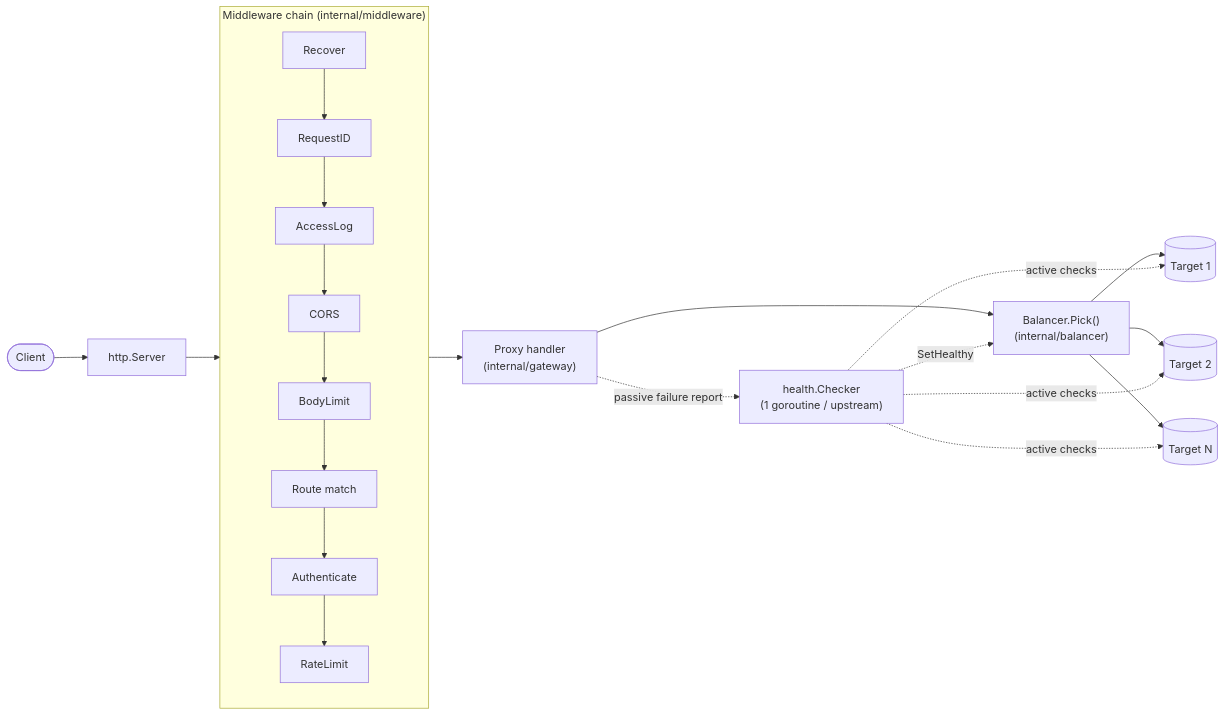
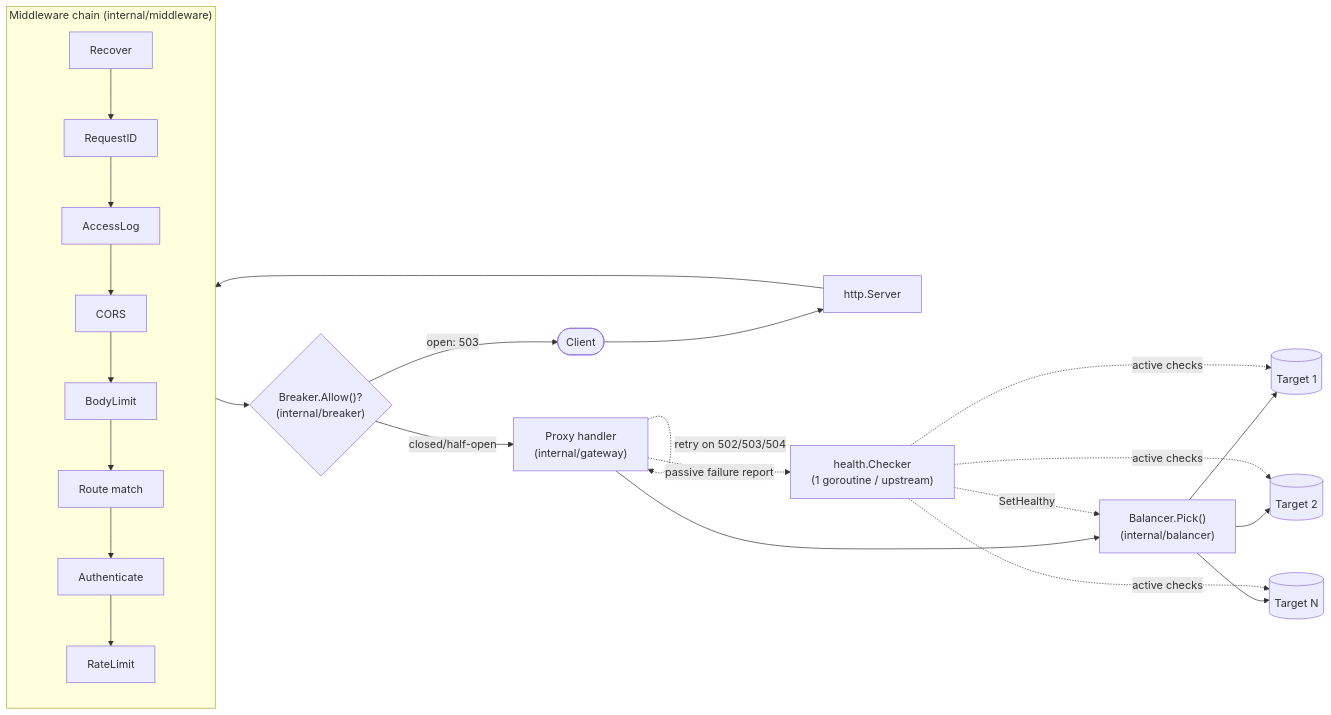
The diagram in README.md (rosali3/gatekeeper), drawn with Mermaid before and after one commit. The commit also changed other lines of this file, not shown here.

Commit message:
docs: cover the circuit breaker and retries in the README

````diff
--- a/README.md
+++ b/README.md
@@ -54,22 +61,25 @@
 ```mermaid
 flowchart LR
     client([Client]) --> srv[http.Server]
     srv --> chain
 
     subgraph chain["Middleware chain (internal/middleware)"]
         direction TB
         recover[Recover] --> reqid[RequestID] --> alog[AccessLog] --> cors[CORS] --> bodylimit[BodyLimit] --> match[Route match] --> authn[Authenticate] --> ratelimit[RateLimit]
     end
 
-    chain --> proxy["Proxy handler\n(internal/gateway)"]
+    chain --> cb{"Breaker.Allow()?\n(internal/breaker)"}
+    cb -->|open: 503| client
+    cb -->|closed/half-open| proxy["Proxy handler\n(internal/gateway)"]
+    proxy -.retry on 502/503/504.-> proxy
     proxy --> bal["Balancer.Pick()\n(internal/balancer)"]
     bal --> t1[(Target 1)]
     bal --> t2[(Target 2)]
     bal --> t3[(Target N)]
 
     hc["health.Checker\n(1 goroutine / upstream)"] -.active checks.-> t1
     hc -.active checks.-> t2
     hc -.active checks.-> t3
     proxy -.passive failure report.-> hc
     hc -.SetHealthy.-> bal
 ```
````
